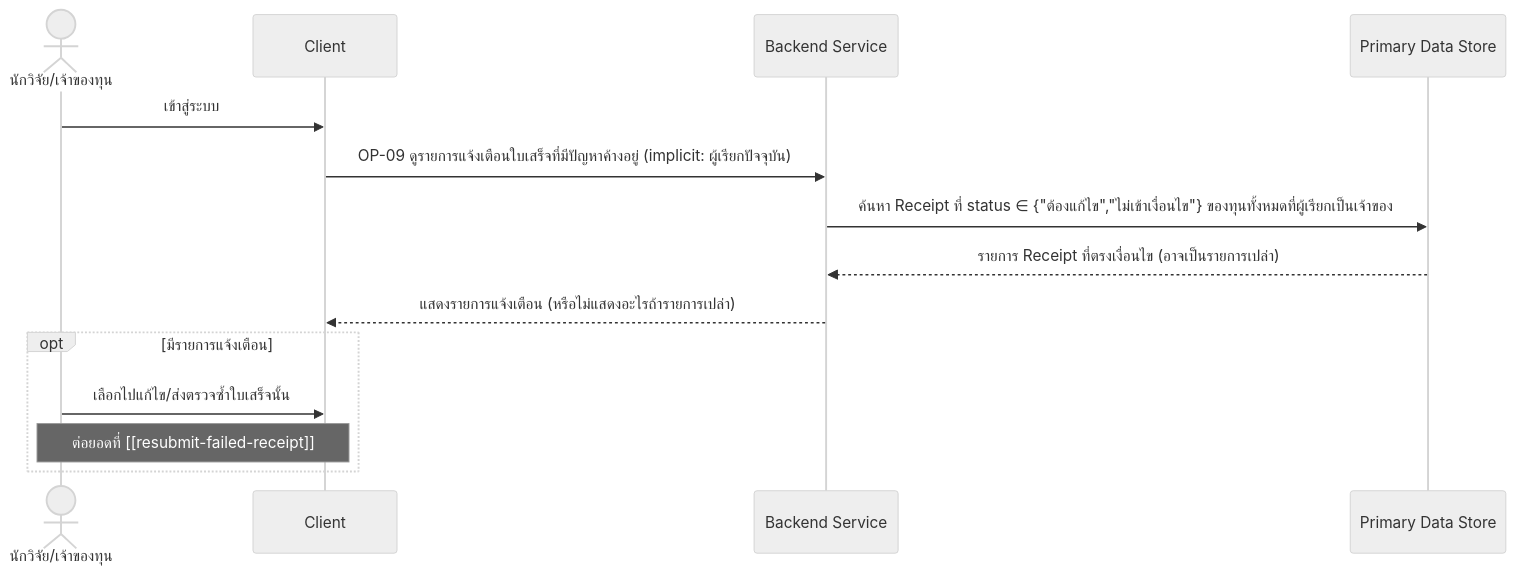
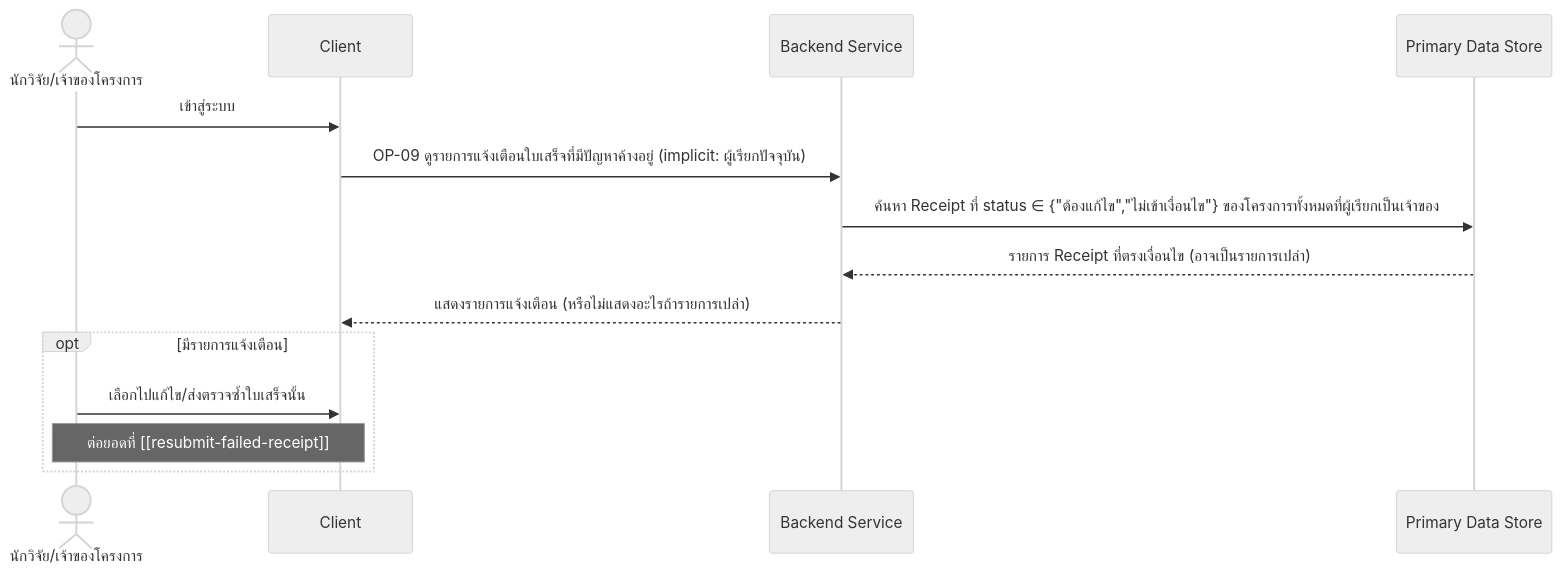
One commit to ptrsswnr/Grant-Receipt-Assistant changed the diagram in docs/02-design/02-technical/detailed-design/pending-issue-notification.md. Above: the diagram before and after it, drawn with Mermaid (neutral theme). The commit also changed other lines of this file and 18 other files, not shown here.

````diff
--- a/docs/02-design/02-technical/detailed-design/pending-issue-notification.md
+++ b/docs/02-design/02-technical/detailed-design/pending-issue-notification.md
@@ -25,17 +28,17 @@
 ```mermaid
 sequenceDiagram
-    actor R as นักวิจัย/เจ้าของทุน
+    actor R as นักวิจัย/เจ้าของโครงการ
     participant C as Client
     participant B as Backend Service
     participant DS as Primary Data Store
 
     R->>C: เข้าสู่ระบบ
     C->>B: OP-09 ดูรายการแจ้งเตือนใบเสร็จที่มีปัญหาค้างอยู่ (implicit: ผู้เรียกปัจจุบัน)
-    B->>DS: ค้นหา Receipt ที่ status ∈ {"ต้องแก้ไข","ไม่เข้าเงื่อนไข"} ของทุนทั้งหมดที่ผู้เรียกเป็นเจ้าของ
+    B->>DS: ค้นหา Receipt ที่ status ∈ {"ต้องแก้ไข","ไม่เข้าเงื่อนไข"} ของโครงการทั้งหมดที่ผู้เรียกเป็นเจ้าของ
     DS-->>B: รายการ Receipt ที่ตรงเงื่อนไข (อาจเป็นรายการเปล่า)
     B-->>C: แสดงรายการแจ้งเตือน (หรือไม่แสดงอะไรถ้ารายการเปล่า)
     opt มีรายการแจ้งเตือน
         R->>C: เลือกไปแก้ไข/ส่งตรวจซ้ำใบเสร็จนั้น
         Note over C,R: ต่อยอดที่ [[resubmit-failed-receipt]]
     end
 ```
````
